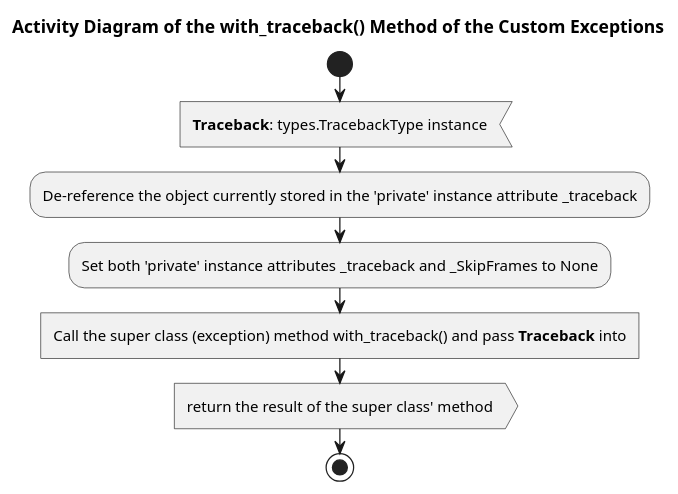
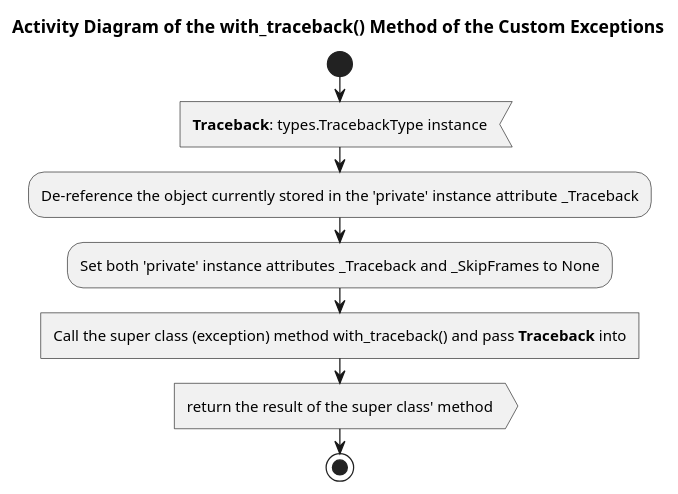
Before and after one commit to FooBarShebang/introspection_lib: the diagram in Documentation/UML/base_exceptions/with_traceback.pu, drawn with PlantUML. The commit also changed 16 other files, not shown here.

```diff
--- a/Documentation/UML/base_exceptions/with_traceback.pu
+++ b/Documentation/UML/base_exceptions/with_traceback.pu
@@ -1,19 +1,19 @@
 @startuml with_traceback
 
 title Activity Diagram of the with_traceback() Method of the Custom Exceptions
 
 start
 
 :<b>Traceback</b>: types.TracebackType instance<
 
-:De-reference the object currently stored in the 'private' instance attribute _traceback;
+:De-reference the object currently stored in the 'private' instance attribute _Traceback;
 
-:Set both 'private' instance attributes _traceback and _SkipFrames to None;
+:Set both 'private' instance attributes _Traceback and _SkipFrames to None;
 
 :Call the super class (exception) method with_traceback() and pass <b>Traceback</b> into]
 
 :return the result of the super class' method>
 
 stop
 
 @enduml
```
